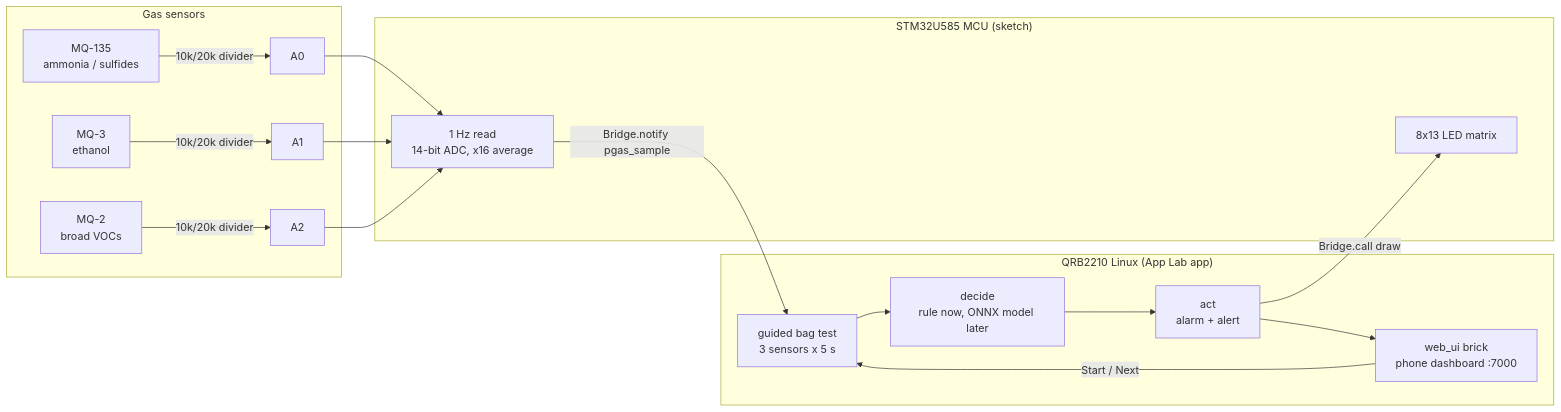
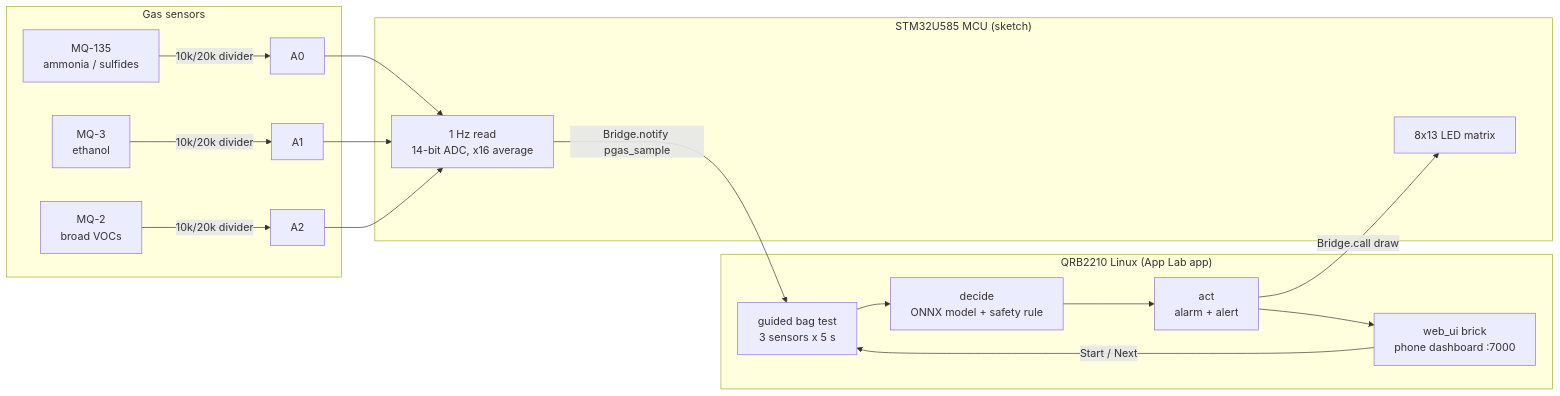
One commit to PGASlab/app changed the diagram in README.md. Above: the diagram before and after it, drawn with Mermaid. The commit also changed other lines of this file and 10 other files, not shown here.

First line of the commit message:
On-board ONNX model for the guided test, with the rule as a safety net

````diff
--- a/README.md
+++ b/README.md
@@ -87,20 +90,20 @@
 ```mermaid
 flowchart LR
   subgraph Sensors["Gas sensors"]
     MQ135["MQ-135<br/>ammonia / sulfides"] -->|"10k/20k divider"| A0
     MQ3["MQ-3<br/>ethanol"] -->|"10k/20k divider"| A1
     MQ2["MQ-2<br/>broad VOCs"] -->|"10k/20k divider"| A2
   end
   subgraph MCU["STM32U585 MCU (sketch)"]
     A0 & A1 & A2 --> READ["1 Hz read<br/>14-bit ADC, x16 average"]
     MATRIX["8x13 LED matrix"]
   end
   subgraph LINUX["QRB2210 Linux (App Lab app)"]
     WEB["web_ui brick<br/>phone dashboard :7000"] -->|"Start / Next"| BAG["guided bag test<br/>3 sensors x 5 s"]
-    BAG --> RULE["decide<br/>rule now, ONNX model later"]
+    BAG --> RULE["decide<br/>ONNX model + safety rule"]
     RULE --> ACT["act<br/>alarm + alert"]
   end
   READ -->|"Bridge.notify pgas_sample"| BAG
   ACT -->|"Bridge.call draw"| MATRIX
   ACT --> WEB
 ```
````
